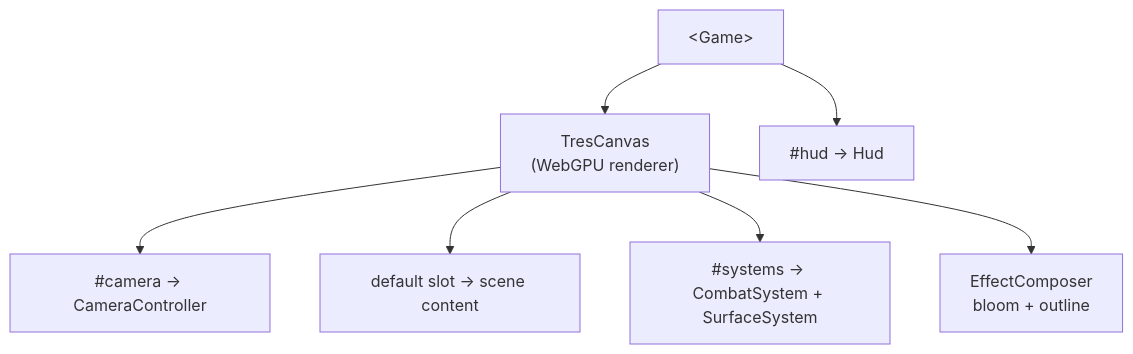
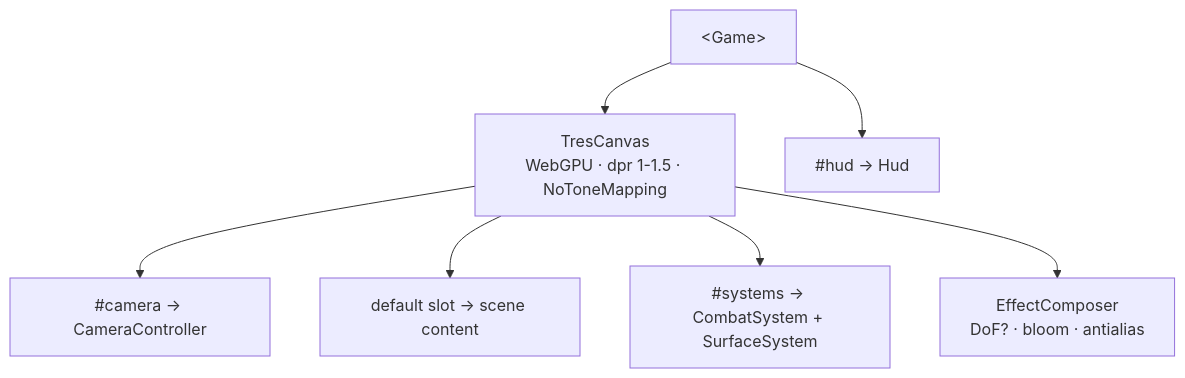
The diagram in apps/grimoire/content/02.engine-architecture/3.game-component.md (alvarosabu/artificer-forge), drawn with Mermaid before and after one commit. The commit also changed other lines of this file and 157 other files, not shown here.

````diff
--- a/apps/grimoire/content/02.engine-architecture/3.game-component.md
+++ b/apps/grimoire/content/02.engine-architecture/3.game-component.md
@@ -71,9 +155,9 @@
 ```mermaid
 graph TD
-  GAME["&lt;Game&gt;"] --> CANVAS["TresCanvas<br/>(WebGPU renderer)"]
+  GAME["&lt;Game&gt;"] --> CANVAS["TresCanvas<br/>WebGPU · dpr 1-1.5 · NoToneMapping"]
   CANVAS --> CAM["#camera → CameraController"]
   CANVAS --> SCENE["default slot → scene content"]
   CANVAS --> SYS["#systems → CombatSystem + SurfaceSystem"]
-  CANVAS --> FX["EffectComposer<br/>bloom + outline"]
+  CANVAS --> FX["EffectComposer<br/>DoF? · bloom · antialias"]
   GAME --> HUD["#hud → Hud"]
 ```
````
